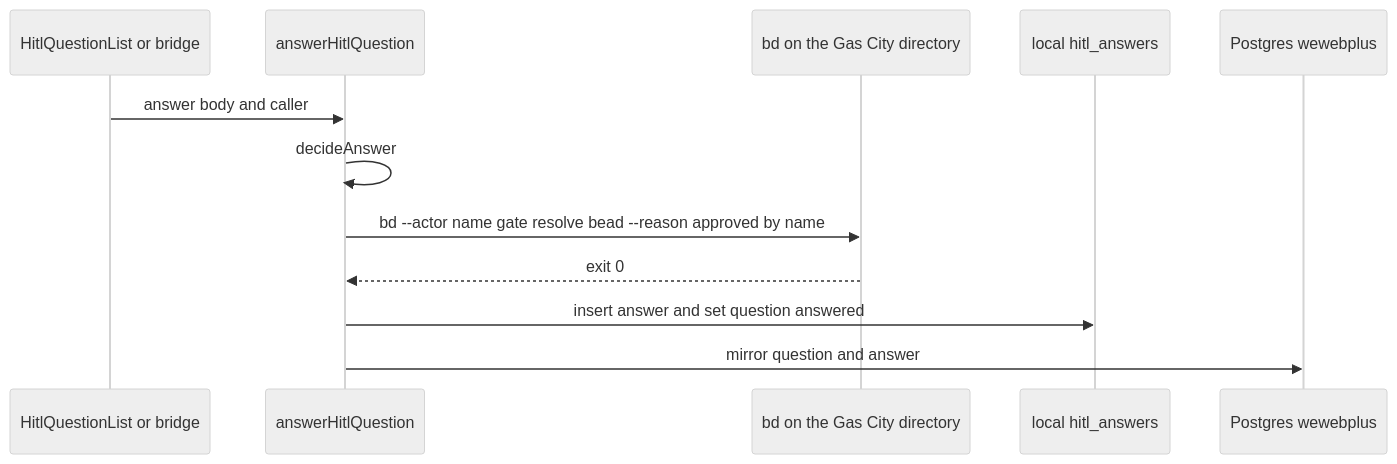
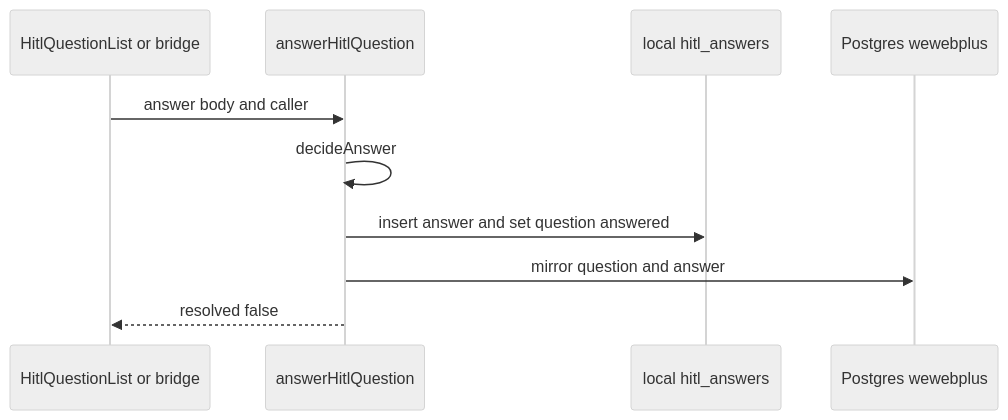
The sixth of 7 diagrams in docs/hitl-architecture.md (Awannaphasch2016/dyad), drawn with Mermaid (neutral theme) before and after one commit. The commit also changed other lines of this file, not shown here.

````diff
--- a/docs/hitl-architecture.md
+++ b/docs/hitl-architecture.md
@@ -268,15 +274,13 @@
 ```mermaid
 sequenceDiagram
   participant UI as HitlQuestionList or bridge
   participant Device as answerHitlQuestion
-  participant BD as bd on the Gas City directory
   participant SQLite as local hitl_answers
   participant DB as Postgres wewebplus
 
   UI->>Device: answer body and caller
   Device->>Device: decideAnswer
-  Device->>BD: bd --actor name gate resolve bead --reason approved by name
-  BD-->>Device: exit 0
   Device->>SQLite: insert answer and set question answered
   Device->>DB: mirror question and answer
+  Device-->>UI: resolved false
 ```
````
